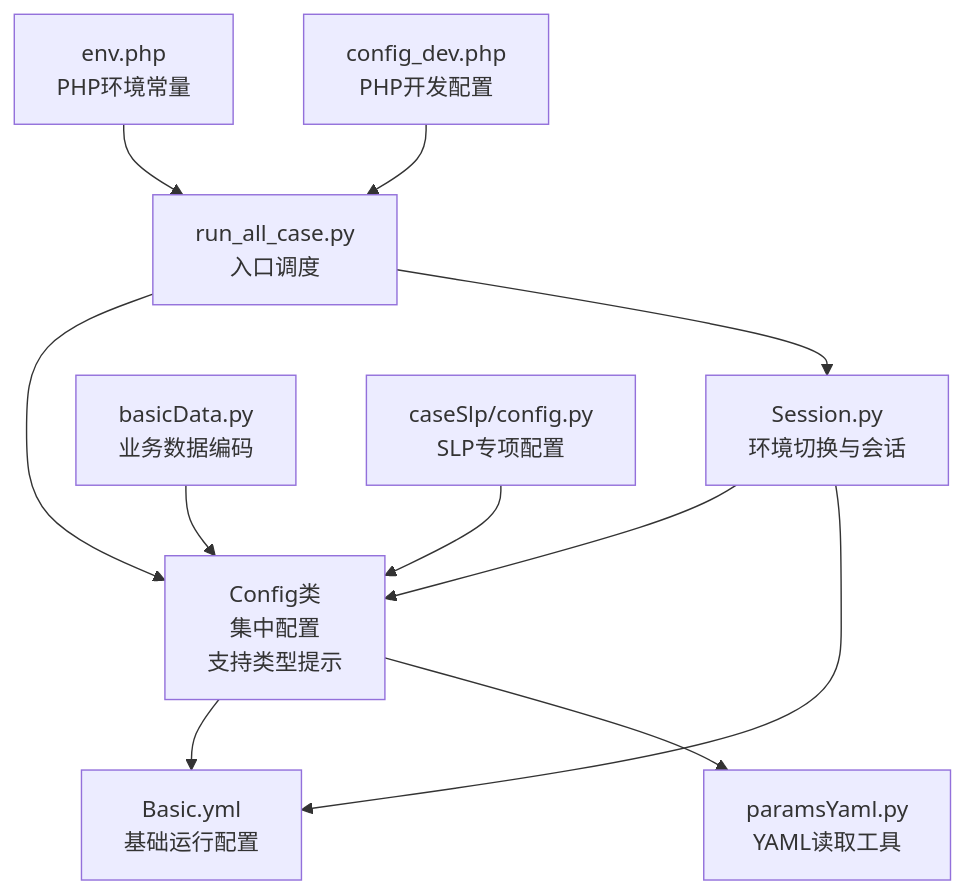
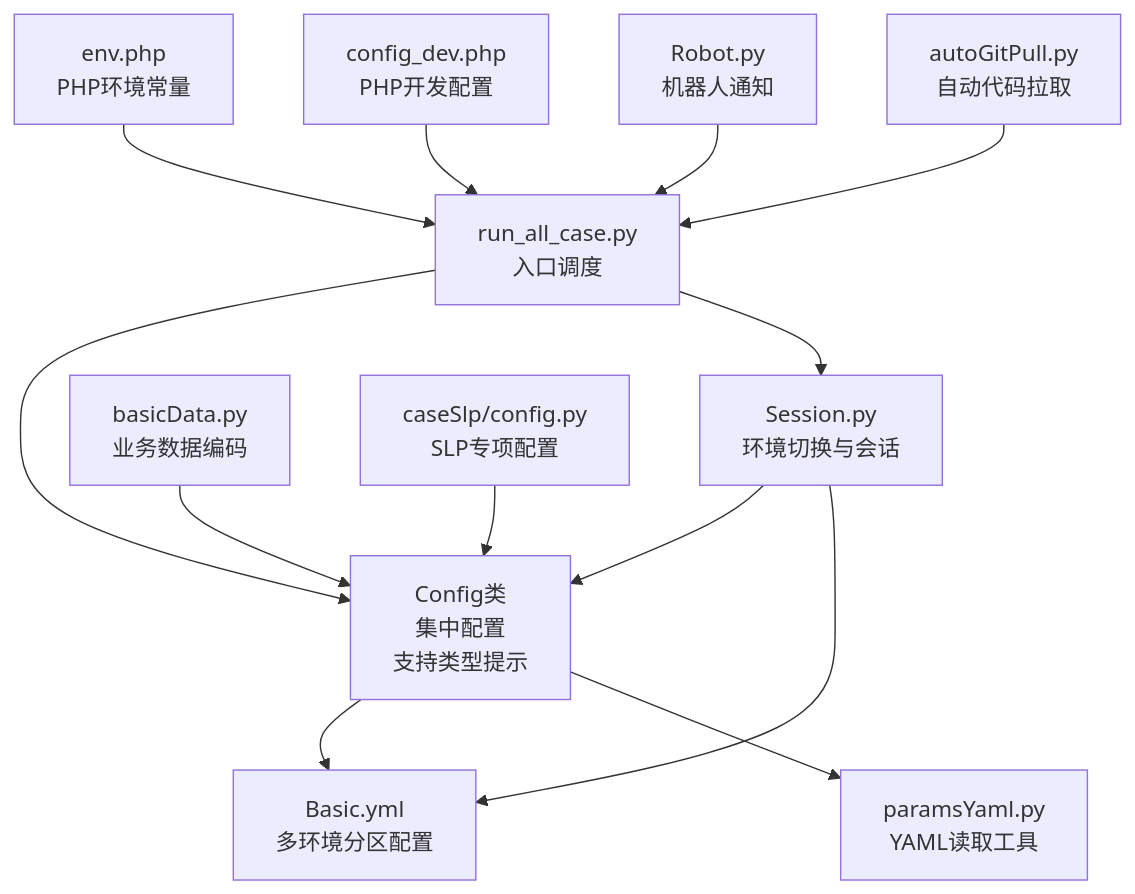
One commit to liximing1-ola/qa-payTest changed the first of 7 diagrams in .qoder/repowiki/zh/content/核心模块/配置管理模块.md. Above: the diagram before and after it, drawn with Mermaid. The commit also changed other lines of this file and 13 other files, not shown here.

````diff
--- a/.qoder/repowiki/zh/content/核心模块/配置管理模块.md
+++ b/.qoder/repowiki/zh/content/核心模块/配置管理模块.md
@@ -52,13 +57,15 @@
 ```mermaid
 graph TB
-Config["Config类<br/>集中配置<br/>支持类型提示"] --> BasicYml["Basic.yml<br/>基础运行配置"]
+Config["Config类<br/>集中配置<br/>支持类型提示"] --> BasicYml["Basic.yml<br/>多环境分区配置"]
 Config --> ParamsYaml["paramsYaml.py<br/>YAML读取工具"]
 Session["Session.py<br/>环境切换与会话"] --> Config
 Session --> BasicYml
 RunAll["run_all_case.py<br/>入口调度"] --> Config
 RunAll --> Session
 BasicData["basicData.py<br/>业务数据编码"] --> Config
 CaseSlpCfg["caseSlp/config.py<br/>SLP专项配置"] --> Config
 EnvPhp["env.php<br/>PHP环境常量"] --> RunAll
 PhpDevCfg["config_dev.php<br/>PHP开发配置"] --> RunAll
+Robot["Robot.py<br/>机器人通知"] --> RunAll
+AutoGit["autoGitPull.py<br/>自动代码拉取"] --> RunAll
 ```
````
